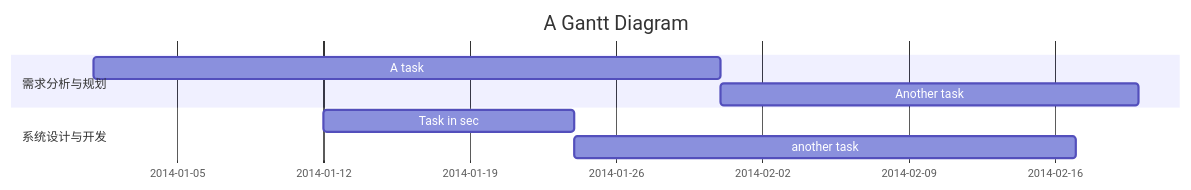
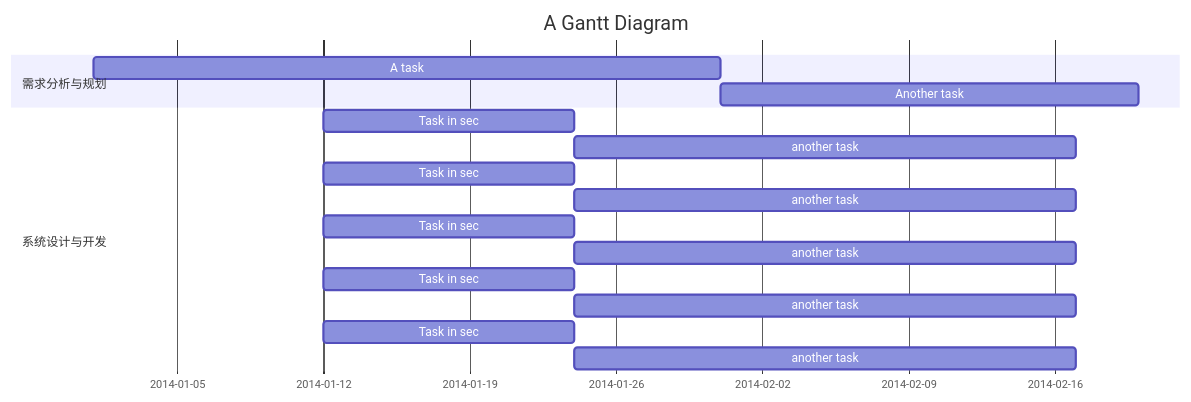
The diagram in all/代码甘特图.md (libobo6/iodraw-files), drawn with Mermaid before and after one commit.

Commit message:
2025-01-14 10:53:20 update

````diff
--- a/all/代码甘特图.md
+++ b/all/代码甘特图.md
@@ -1,11 +1,23 @@
 ```mermaid
 gantt
     title A Gantt Diagram
     dateFormat  YYYY-MM-DD
     section 需求分析与规划
     A task           :a1, 2014-01-01, 30d
     Another task     :after a1  , 20d
     section 系统设计与开发
     Task in sec      :2014-01-12  , 12d
     another task      : 24d
+        section 系统设计与开发
+    Task in sec      :2014-01-12  , 12d
+    another task      : 24d
+        section 系统设计与开发
+    Task in sec      :2014-01-12  , 12d
+    another task      : 24d
+        section 系统设计与开发
+    Task in sec      :2014-01-12  , 12d
+    another task      : 24d
+        section 系统设计与开发
+    Task in sec      :2014-01-12  , 12d
+    another task      : 24d
 ```
````
